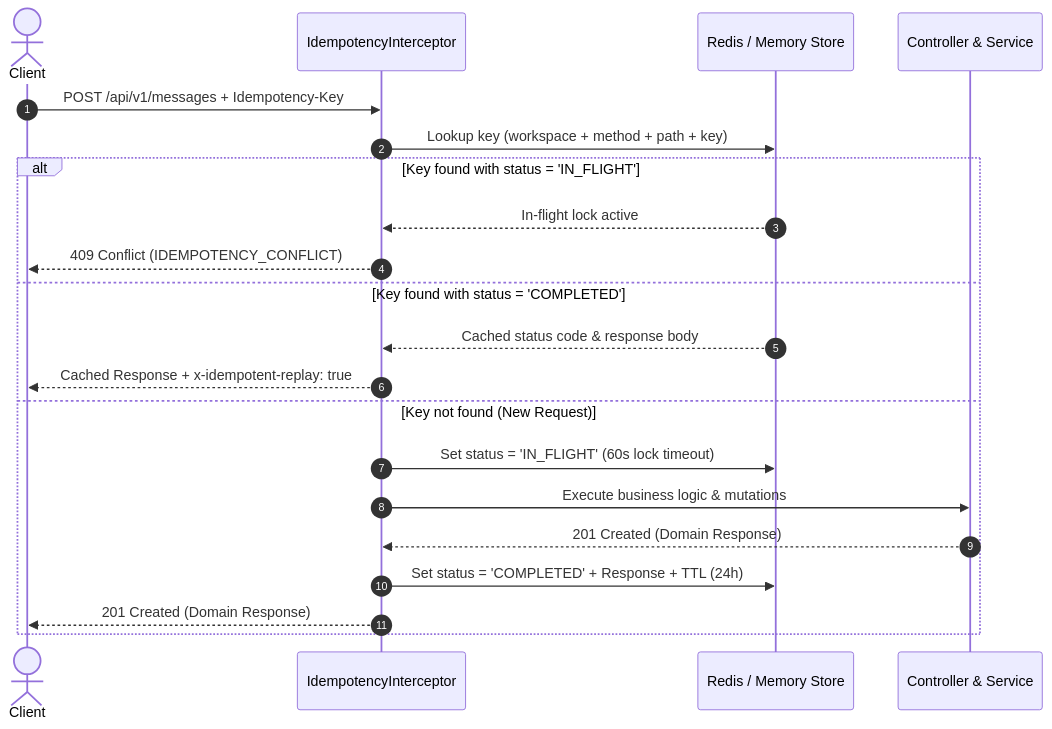
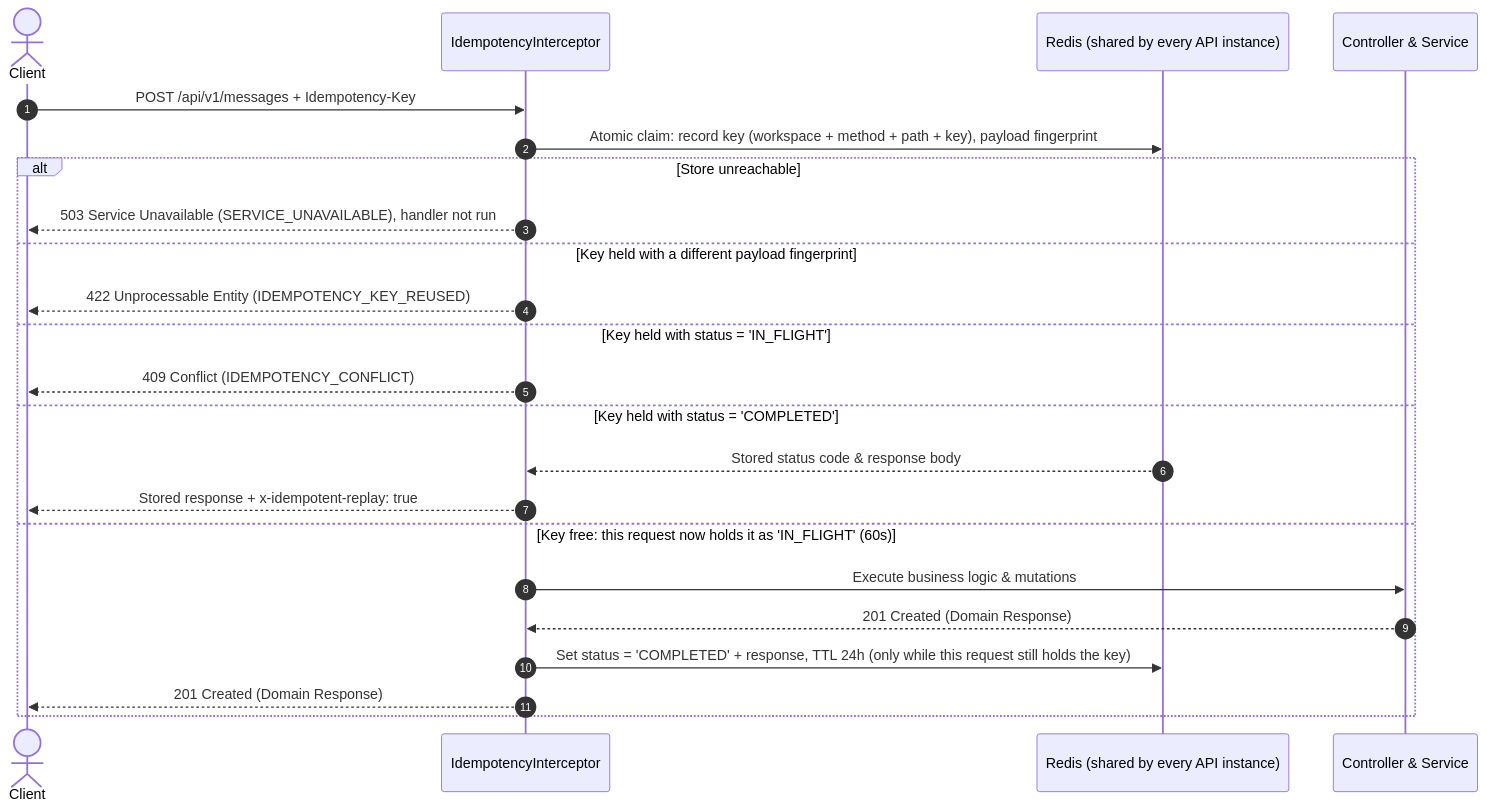
One commit to Alkanni/vynor-crm-system changed the diagram in docs/idempotency-policy.md. Above: the diagram before and after it, drawn with Mermaid. The commit also changed other lines of this file and 57 other files, not shown here.

````diff
--- a/docs/idempotency-policy.md
+++ b/docs/idempotency-policy.md
@@ -43,25 +43,27 @@
 ```mermaid
 sequenceDiagram
     autonumber
     actor Client
     participant Interceptor as IdempotencyInterceptor
-    participant Cache as Redis / Memory Store
+    participant Store as Redis (shared by every API instance)
     participant Handler as Controller & Service
 
     Client->>Interceptor: POST /api/v1/messages + Idempotency-Key
-    Interceptor->>Cache: Lookup key (workspace + method + path + key)
+    Interceptor->>Store: Atomic claim: record key (workspace + method + path + key), payload fingerprint
 
-    alt Key found with status = 'IN_FLIGHT'
-        Cache-->>Interceptor: In-flight lock active
+    alt Store unreachable
+        Interceptor-->>Client: 503 Service Unavailable (SERVICE_UNAVAILABLE), handler not run
+    else Key held with a different payload fingerprint
+        Interceptor-->>Client: 422 Unprocessable Entity (IDEMPOTENCY_KEY_REUSED)
+    else Key held with status = 'IN_FLIGHT'
         Interceptor-->>Client: 409 Conflict (IDEMPOTENCY_CONFLICT)
-    else Key found with status = 'COMPLETED'
-        Cache-->>Interceptor: Cached status code & response body
-        Interceptor-->>Client: Cached Response + x-idempotent-replay: true
-    else Key not found (New Request)
-        Interceptor->>Cache: Set status = 'IN_FLIGHT' (60s lock timeout)
+    else Key held with status = 'COMPLETED'
+        Store-->>Interceptor: Stored status code & response body
+        Interceptor-->>Client: Stored response + x-idempotent-replay: true
+    else Key free: this request now holds it as 'IN_FLIGHT' (60s)
         Interceptor->>Handler: Execute business logic & mutations
         Handler-->>Interceptor: 201 Created (Domain Response)
-        Interceptor->>Cache: Set status = 'COMPLETED' + Response + TTL (24h)
+        Interceptor->>Store: Set status = 'COMPLETED' + response, TTL 24h (only while this request still holds the key)
         Interceptor-->>Client: 201 Created (Domain Response)
     end
 ```
````
